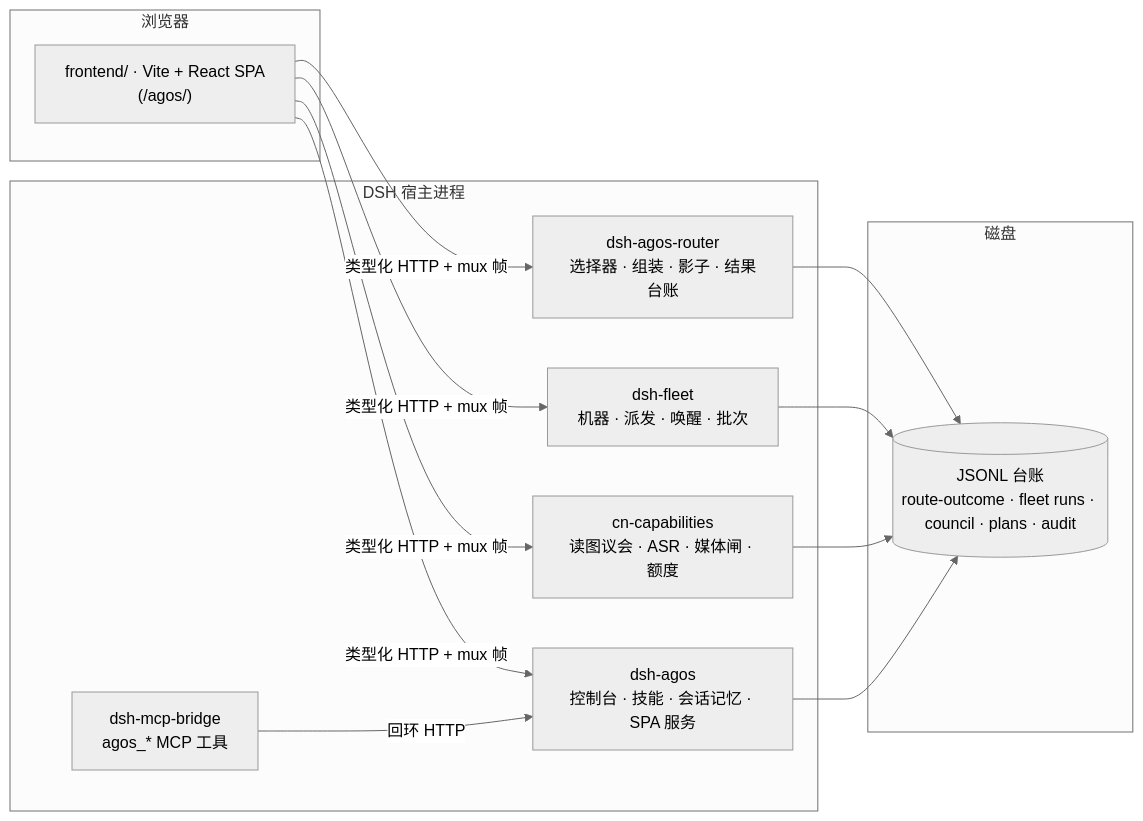
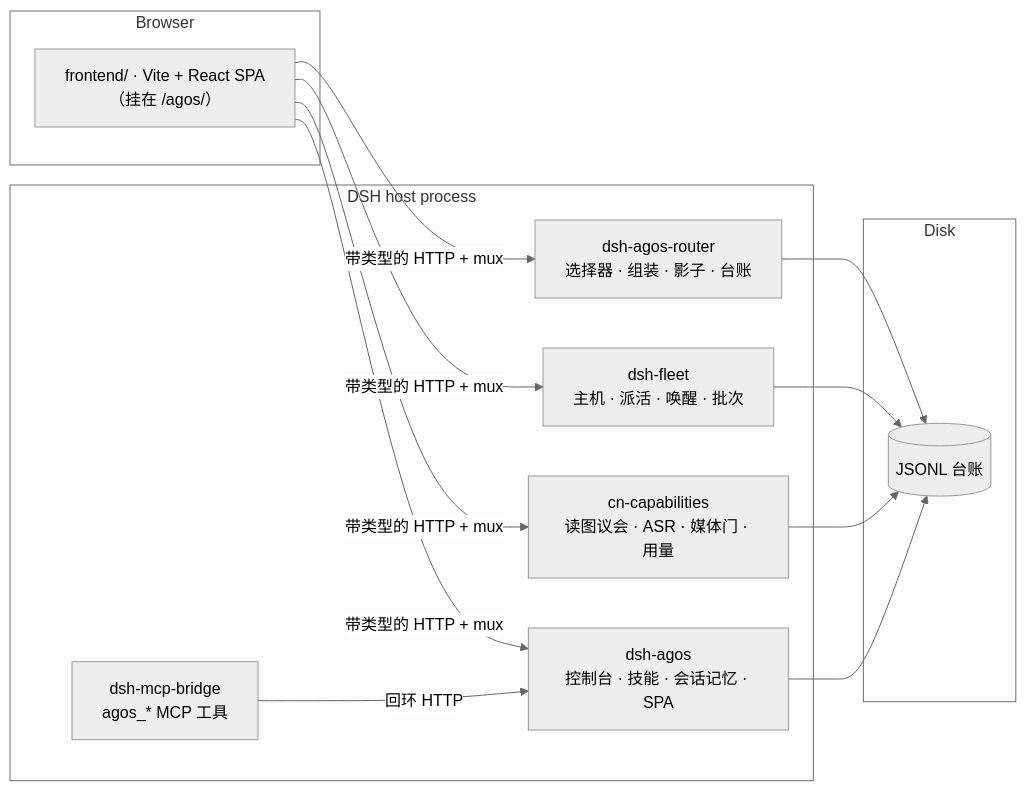
One commit to LeoLin990405/agos changed the diagram in README.zh-CN.md. Above: the diagram before and after it, drawn with Mermaid (neutral theme). The commit also changed other lines of this file and 81 other files, not shown here.

````diff
--- a/README.zh-CN.md
+++ b/README.zh-CN.md
@@ -87,22 +139,22 @@
 ```mermaid
 flowchart LR
-  subgraph 浏览器
-    SPA["frontend/ · Vite + React SPA<br/>(/agos/)"]
+  subgraph Browser
+    SPA["frontend/ · Vite + React SPA<br/>（挂在 /agos/）"]
   end
-  subgraph DSH 宿主进程
-    AGOS["dsh-agos<br/>控制台 · 技能 · 会话记忆 · SPA 服务"]
-    ROUTER["dsh-agos-router<br/>选择器 · 组装 · 影子 · 结果台账"]
-    CN["cn-capabilities<br/>读图议会 · ASR · 媒体闸 · 额度"]
-    FLEET["dsh-fleet<br/>机器 · 派发 · 唤醒 · 批次"]
+  subgraph DSH host process
+    AGOS["dsh-agos<br/>控制台 · 技能 · 会话记忆 · SPA"]
+    ROUTER["dsh-agos-router<br/>选择器 · 组装 · 影子 · 台账"]
+    CN["cn-capabilities<br/>读图议会 · ASR · 媒体门 · 用量"]
+    FLEET["dsh-fleet<br/>主机 · 派活 · 唤醒 · 批次"]
     MCP["dsh-mcp-bridge<br/>agos_* MCP 工具"]
   end
-  subgraph 磁盘
-    LEDGERS[("JSONL 台账<br/>route-outcome · fleet runs · council · plans · audit")]
+  subgraph Disk
+    LEDGERS[("JSONL 台账")]
   end
-  SPA -->|类型化 HTTP + mux 帧| AGOS & ROUTER & CN & FLEET
+  SPA -->|带类型的 HTTP + mux| AGOS & ROUTER & CN & FLEET
   ROUTER --> LEDGERS
   FLEET --> LEDGERS
   CN --> LEDGERS
   AGOS --> LEDGERS
   MCP -->|回环 HTTP| AGOS
 ```
````
